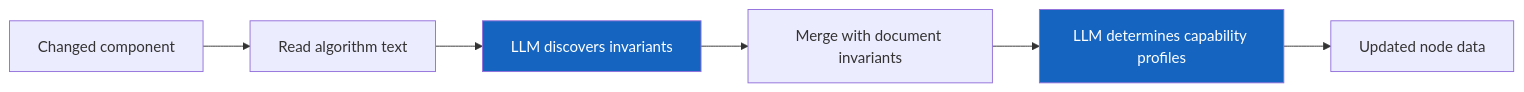
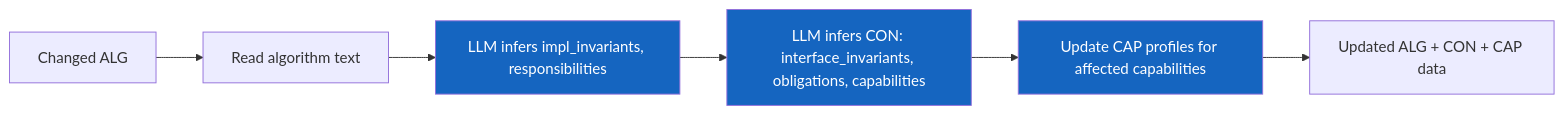
Before and after one commit to nestharus/ai-workflow: diagram 24 of 30 in .tasks/plans/algorithm graph creator/feedback.md, drawn with Mermaid. The commit also changed other lines of this file, not shown here.

First line of the commit message:
Update algorithm graph creator with revised ownership model

````diff
--- a/.tasks/plans/algorithm graph creator/feedback.md
+++ b/.tasks/plans/algorithm graph creator/feedback.md
@@ -604,10 +763,10 @@
 ```mermaid
 flowchart LR
-    IN[Changed component] --> A[Read algorithm text]
-    A --> B[LLM discovers invariants]:::llm
-    B --> C[Merge with document invariants]
-    C --> D[LLM determines capability profiles]:::llm
-    D --> OUT[Updated node data]
+    IN[Changed ALG] --> A[Read algorithm text]
+    A --> B[LLM infers impl_invariants, responsibilities]:::llm
+    B --> C[LLM infers CON: interface_invariants, obligations, capabilities]:::llm
+    C --> D[Update CAP profiles for affected capabilities]:::llm
+    D --> OUT[Updated ALG + CON + CAP data]
 
     classDef llm fill:#1565c0,color:#fff
 ```
````
